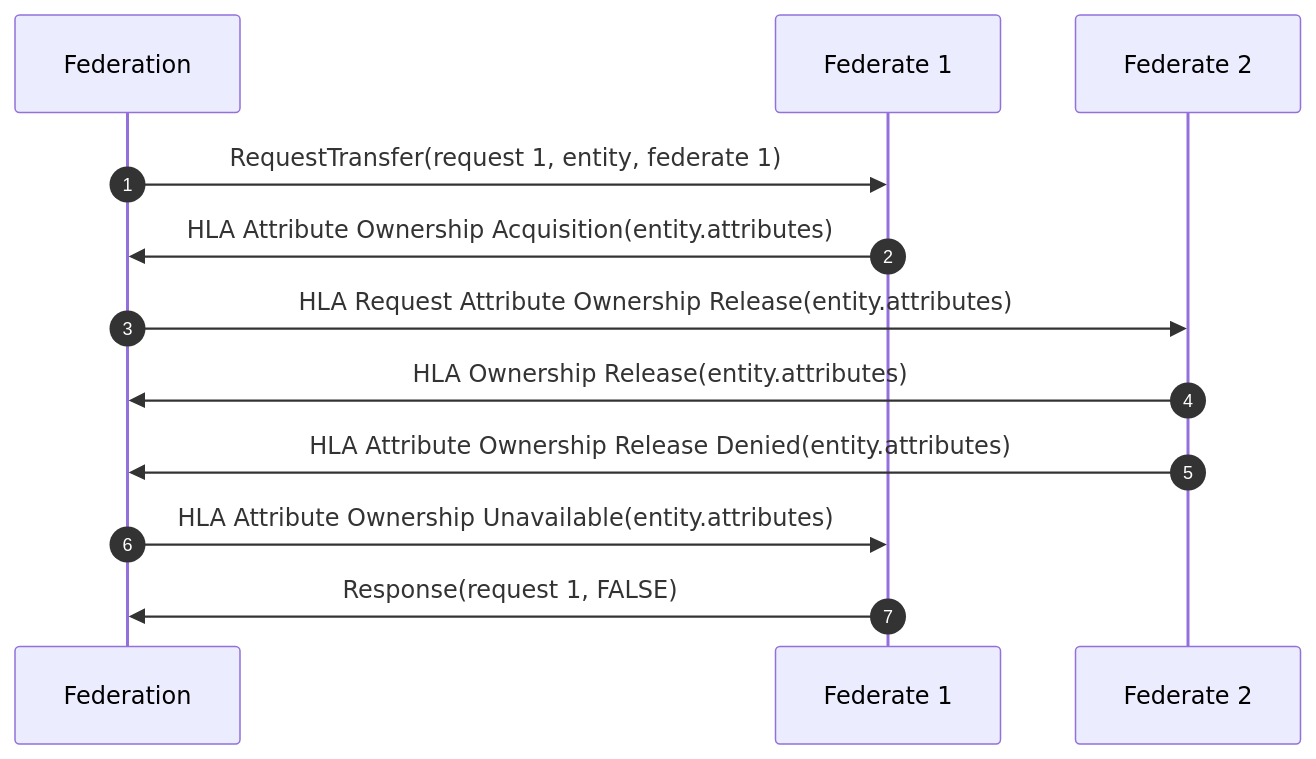
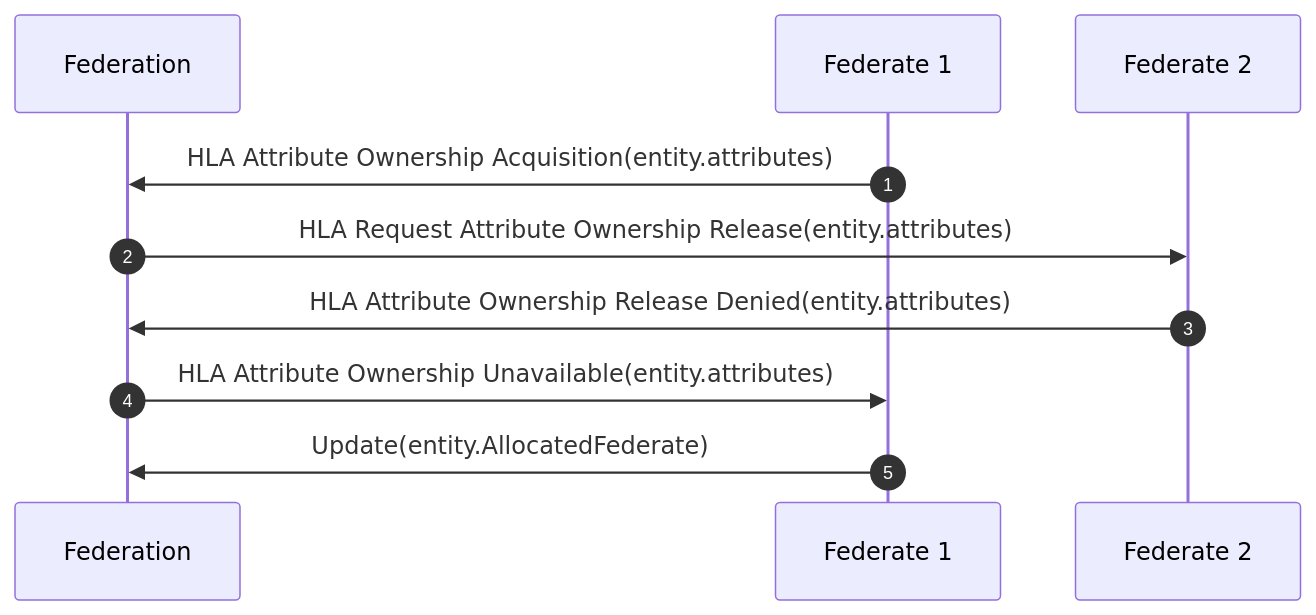
The third of 5 diagrams in NETN-TMR.md (AMSP-04/NETN-TMR), drawn with Mermaid before and after one commit. The commit also changed other lines of this file and 2 other files, not shown here.

````diff
--- a/NETN-TMR.md
+++ b/NETN-TMR.md
@@ -111,11 +91,16 @@
-``` mermaid
+``` mermaid 
+ 
 sequenceDiagram
+participant Federation
+participant Federate 1
+participant Federate 2
 autonumber
-Federation ->>Federate 1:RequestTransfer(request 1, entity, federate 1) 
+
 Federate 1->>Federation:HLA Attribute Ownership Acquisition(entity.attributes) 
 Federation->>Federate 2:HLA Request Attribute Ownership Release(entity.attributes) 
-Federate 2->>Federation:HLA Ownership Release(entity.attributes) 
-Federate 2->>Federation:HLA Attribute Ownership Release Denied(entity.attributes)
+Federate 2->>Federation:HLA Attribute Ownership Release Denied(entity.attributes) 
 Federation->>Federate 1:HLA Attribute Ownership Unavailable(entity.attributes) 
-Federate 1->>Federation:Response(request 1, FALSE) 
+Federate 1->>Federation:Update(entity.AllocatedFederate) 
+
+ 
 ``` 
````
